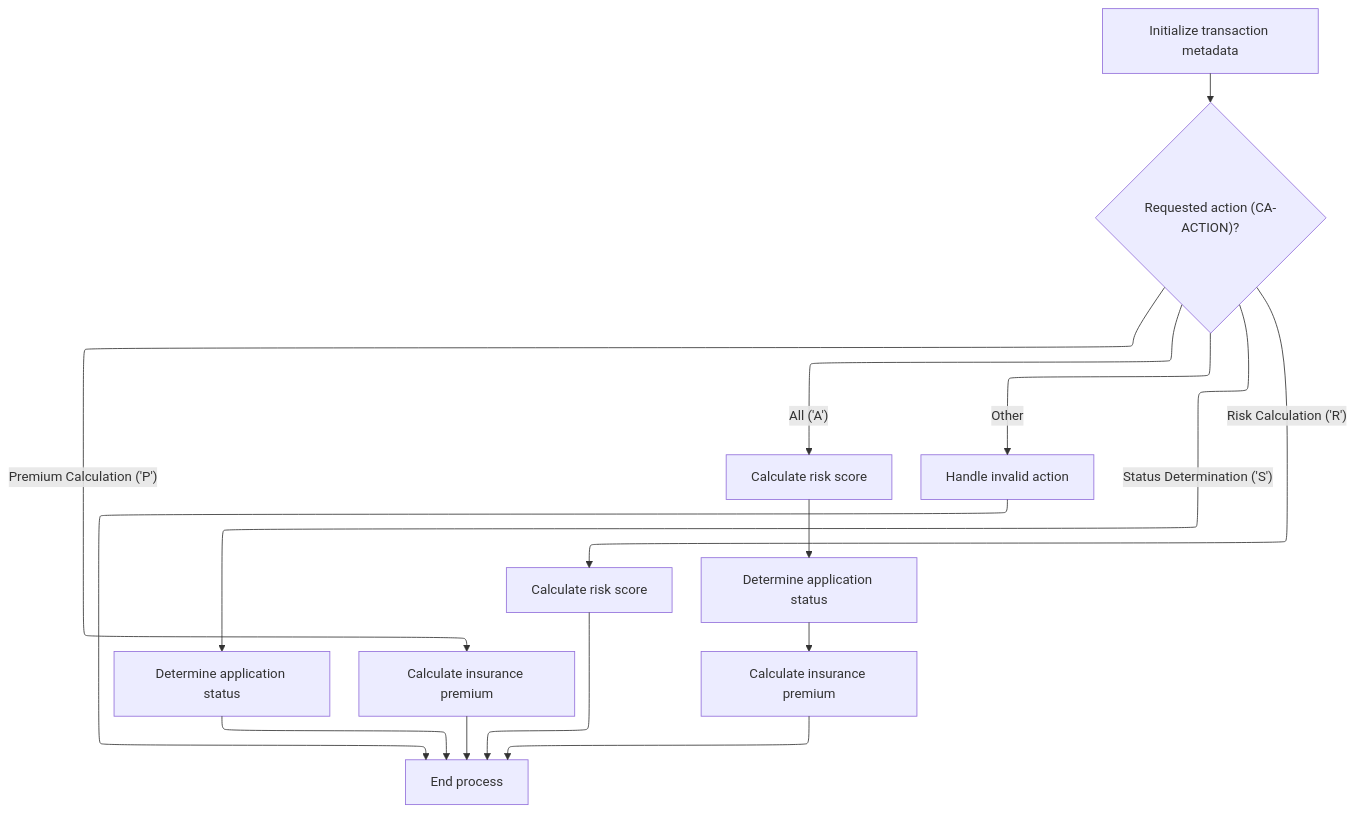
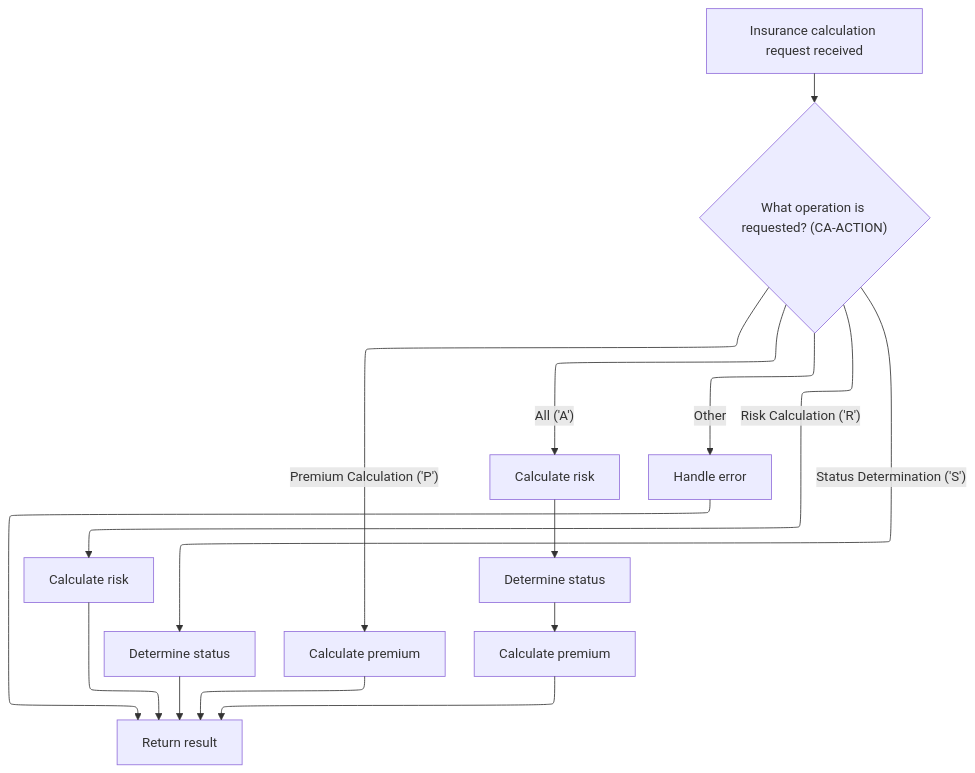
The first of 3 diagrams in .swm/risk-assessment-and-premium-calculation-lgpcalc1.a7vdekvv.sw.md (Giri-Swimm/Swimmio-genapp-motor), drawn with Mermaid before and after one commit. The commit also changed other lines of this file and 17 other files, not shown here.

````diff
--- a/.swm/risk-assessment-and-premium-calculation-lgpcalc1.a7vdekvv.sw.md
+++ b/.swm/risk-assessment-and-premium-calculation-lgpcalc1.a7vdekvv.sw.md
@@ -176,58 +208,56 @@
 ```mermaid
 %%{init: {"flowchart": {"defaultRenderer": "elk"}} }%%
 flowchart TD
-    node1["Initialize transaction metadata"] --> node2{"Requested action (CA-ACTION)?"}
-    click node1 openCode "base/src/lgpcalc1.cbl:122:125"
-    node2 -->|"Risk Calculation ('R')"| node3["Calculate risk score"]
+    node1["Insurance calculation request received"] --> node2{"What operation is requested? (CA-ACTION)"}
+    click node1 openCode "base/src/lgpcalc1.cbl:120:122"
+    node2 -->|"Risk Calculation ('R')"| node3["Calculate risk"]
     click node2 openCode "base/src/lgpcalc1.cbl:127:140"
-    node2 -->|"Status Determination ('S')"| node4["Determine application status"]
-    node2 -->|"Premium Calculation ('P')"| node5["Calculate insurance premium"]
-    node2 -->|"All ('A')"| node6["Calculate risk score"]
-    node6 --> node7["Determine application status"]
-    node7 --> node8["Calculate insurance premium"]
-    node8 --> node9["End process"]
+    node2 -->|"Status Determination ('S')"| node4["Determine status"]
+    node2 -->|"Premium Calculation ('P')"| node5["Calculate premium"]
+    node2 -->|"All ('A')"| node6["Calculate risk"]
+    node6 --> node7["Determine status"]
+    node7 --> node8["Calculate premium"]
+    node2 -->|"Other"| node9["Handle error"]
+    node3 --> node10["Return result"]
+    node4 --> node10
+    node5 --> node10
+    node8 --> node10
+    node9 --> node10
     click node3 openCode "base/src/lgpcalc1.cbl:129:129"
     click node4 openCode "base/src/lgpcalc1.cbl:131:131"
     click node5 openCode "base/src/lgpcalc1.cbl:133:133"
     click node6 openCode "base/src/lgpcalc1.cbl:135:135"
     click node7 openCode "base/src/lgpcalc1.cbl:136:136"
     click node8 openCode "base/src/lgpcalc1.cbl:137:137"
-    node2 -->|"Other"| node10["Handle invalid action"]
-    click node10 openCode "base/src/lgpcalc1.cbl:139:139"
-    node3 --> node9
-    node4 --> node9
-    node5 --> node9
-    node10 --> node9
-    click node9 openCode "base/src/lgpcalc1.cbl:142:142"
-
+    click node9 openCode "base/src/lgpcalc1.cbl:139:139"
+    click node10 openCode "base/src/lgpcalc1.cbl:142:142"
 classDef HeadingStyle fill:#777777,stroke:#333,stroke-width:2px;
 
 %% Swimm:
 %% %%{init: {"flowchart": {"defaultRenderer": "elk"}} }%%
 %% flowchart TD
-%%     node1["Initialize transaction metadata"] --> node2{"Requested action (<SwmToken path="base/src/lgpcalc1.cbl" pos="127:3:5" line-data="           EVALUATE CA-ACTION">`CA-ACTION`</SwmToken>)?"}
-%%     click node1 openCode "<SwmPath>[base/src/lgpcalc1.cbl](base/src/lgpcalc1.cbl)</SwmPath>:122:125"
-%%     node2 -->|"Risk Calculation ('R')"| node3["Calculate risk score"]
+%%     node1["Insurance calculation request received"] --> node2{"What operation is requested? (<SwmToken path="base/src/lgpcalc1.cbl" pos="127:3:5" line-data="           EVALUATE CA-ACTION">`CA-ACTION`</SwmToken>)"}
+%%     click node1 openCode "<SwmPath>[base/src/lgpcalc1.cbl](base/src/lgpcalc1.cbl)</SwmPath>:120:122"
+%%     node2 -->|"Risk Calculation ('R')"| node3["Calculate risk"]
 %%     click node2 openCode "<SwmPath>[base/src/lgpcalc1.cbl](base/src/lgpcalc1.cbl)</SwmPath>:127:140"
-%%     node2 -->|"Status Determination ('S')"| node4["Determine application status"]
-%%     node2 -->|"Premium Calculation ('P')"| node5["Calculate insurance premium"]
-%%     node2 -->|"All ('A')"| node6["Calculate risk score"]
-%%     node6 --> node7["Determine application status"]
-%%     node7 --> node8["Calculate insurance premium"]
-%%     node8 --> node9["End process"]
+%%     node2 -->|"Status Determination ('S')"| node4["Determine status"]
+%%     node2 -->|"Premium Calculation ('P')"| node5["Calculate premium"]
+%%     node2 -->|"All ('A')"| node6["Calculate risk"]
+%%     node6 --> node7["Determine status"]
+%%     node7 --> node8["Calculate premium"]
+%%     node2 -->|"Other"| node9["Handle error"]
+%%     node3 --> node10["Return result"]
+%%     node4 --> node10
+%%     node5 --> node10
+%%     node8 --> node10
+%%     node9 --> node10
 %%     click node3 openCode "<SwmPath>[base/src/lgpcalc1.cbl](base/src/lgpcalc1.cbl)</SwmPath>:129:129"
 %%     click node4 openCode "<SwmPath>[base/src/lgpcalc1.cbl](base/src/lgpcalc1.cbl)</SwmPath>:131:131"
 %%     click node5 openCode "<SwmPath>[base/src/lgpcalc1.cbl](base/src/lgpcalc1.cbl)</SwmPath>:133:133"
 %%     click node6 openCode "<SwmPath>[base/src/lgpcalc1.cbl](base/src/lgpcalc1.cbl)</SwmPath>:135:135"
 %%     click node7 openCode "<SwmPath>[base/src/lgpcalc1.cbl](base/src/lgpcalc1.cbl)</SwmPath>:136:136"
 %%     click node8 openCode "<SwmPath>[base/src/lgpcalc1.cbl](base/src/lgpcalc1.cbl)</SwmPath>:137:137"
-%%     node2 -->|"Other"| node10["Handle invalid action"]
-%%     click node10 openCode "<SwmPath>[base/src/lgpcalc1.cbl](base/src/lgpcalc1.cbl)</SwmPath>:139:139"
-%%     node3 --> node9
-%%     node4 --> node9
-%%     node5 --> node9
-%%     node10 --> node9
-%%     click node9 openCode "<SwmPath>[base/src/lgpcalc1.cbl](base/src/lgpcalc1.cbl)</SwmPath>:142:142"
-%% 
+%%     click node9 openCode "<SwmPath>[base/src/lgpcalc1.cbl](base/src/lgpcalc1.cbl)</SwmPath>:139:139"
+%%     click node10 openCode "<SwmPath>[base/src/lgpcalc1.cbl](base/src/lgpcalc1.cbl)</SwmPath>:142:142"
 %% classDef HeadingStyle fill:#777777,stroke:#333,stroke-width:2px;
 ```
````
